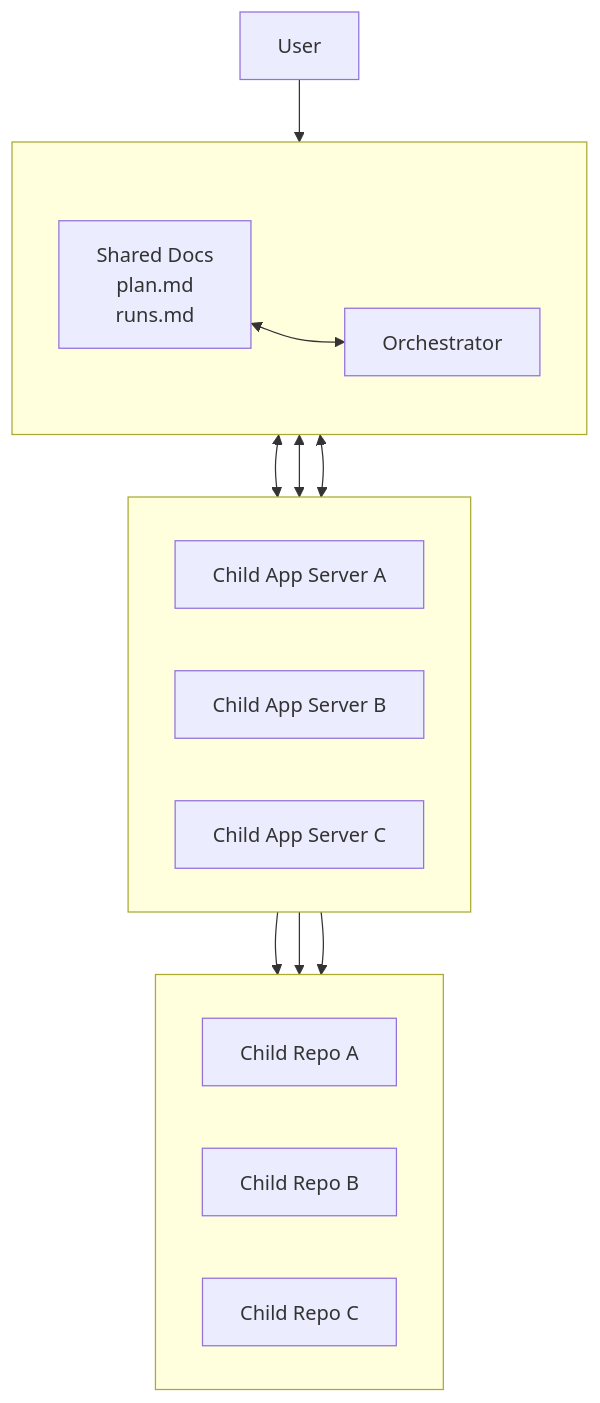
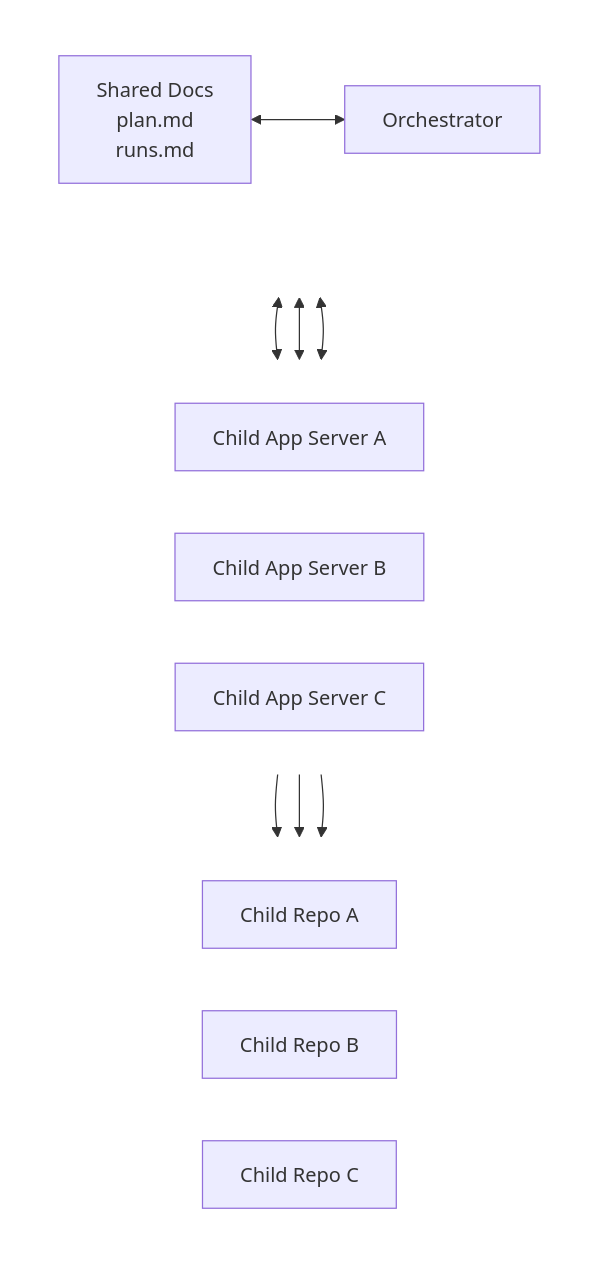
The diagram in README.md (yeutterg/codex-orchestrator), drawn with Mermaid before and after one commit.

Commit message:
Simplify README diagram structure

````diff
--- a/README.md
+++ b/README.md
@@ -18,38 +18,35 @@
 ```mermaid
 flowchart TD
-    U[User]
-
-    subgraph Header[" "]
+    subgraph Top[" "]
         direction LR
         D["Shared Docs<br/>plan.md<br/>runs.md"]
-        S[" "]
         O[Orchestrator]
+        X[" "]
     end
 
     subgraph Servers[" "]
         direction LR
         A[Child App Server A]
         B[Child App Server B]
         C[Child App Server C]
     end
 
     subgraph Repos[" "]
         direction LR
         RA[Child Repo A]
         RB[Child Repo B]
         RC[Child Repo C]
     end
 
     classDef invisible fill:transparent,stroke:transparent,color:transparent
-    class S invisible
+    class Top,Servers,Repos invisible
+    class X invisible
 
-    U --> O
-    D ~~~ S
     D <--> O
     O <--> A
     O <--> B
     O <--> C
     A --> RA
     B --> RB
     C --> RC
 ```
````
